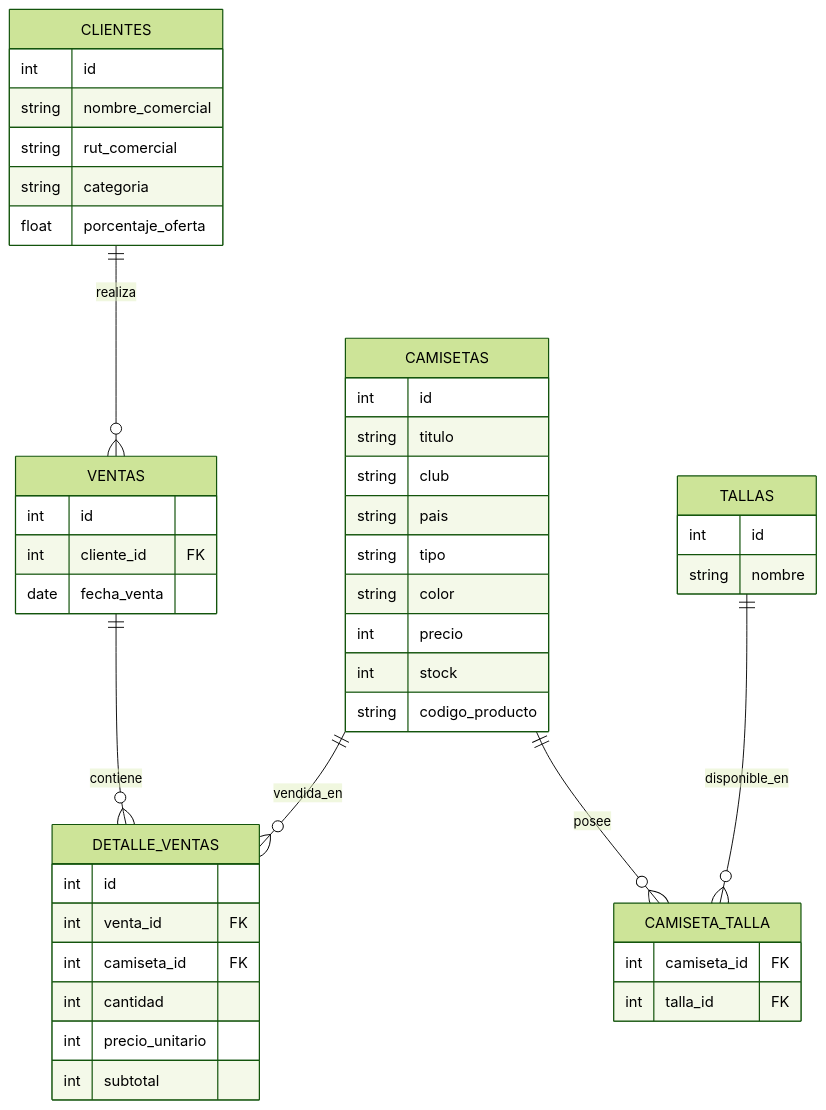
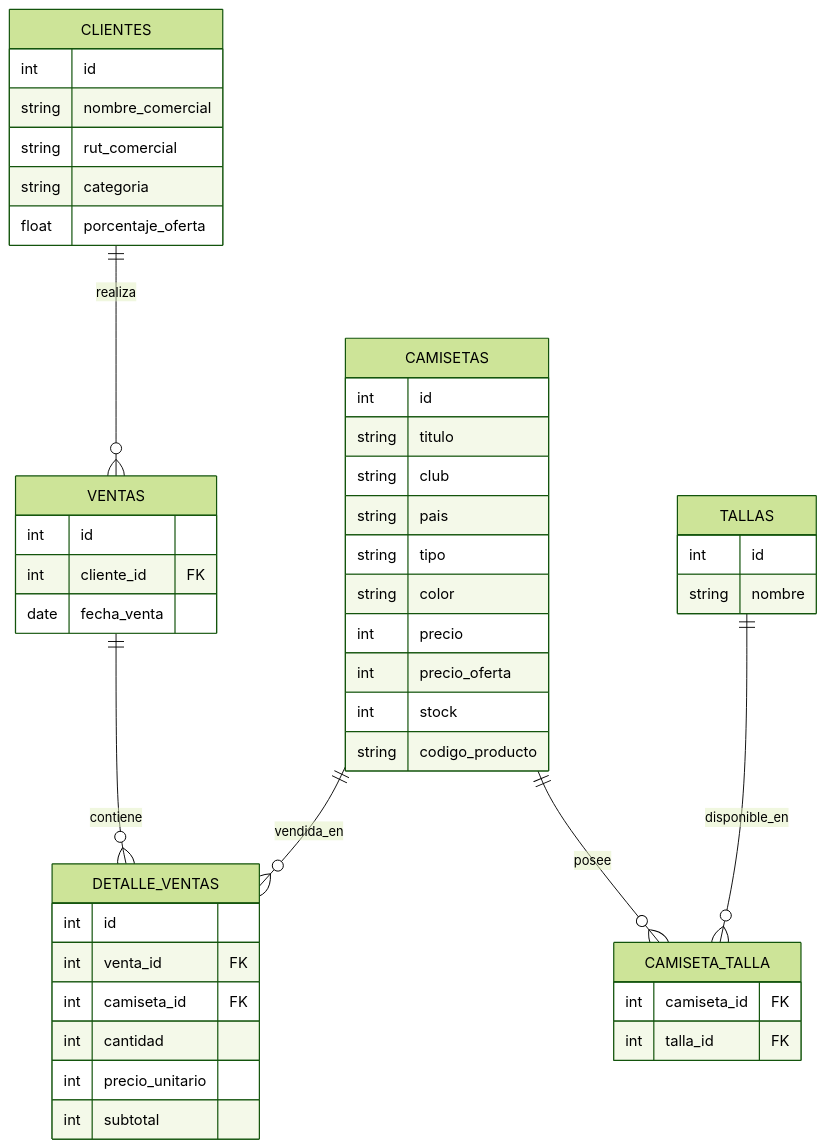
The diagram in README.md (joseFloresMoreno/exam_arancibia_flores_galvez), drawn with Mermaid (forest theme) before and after one commit. The commit also changed other lines of this file and 9 other files, not shown here.

````diff
--- a/README.md
+++ b/README.md
@@ -192,55 +192,56 @@
 ```mermaid
 erDiagram
 
     CLIENTES ||--o{ VENTAS : realiza
     VENTAS ||--o{ DETALLE_VENTAS : contiene
     CAMISETAS ||--o{ DETALLE_VENTAS : vendida_en
 
     CAMISETAS ||--o{ CAMISETA_TALLA : posee
     TALLAS ||--o{ CAMISETA_TALLA : disponible_en
 
     CLIENTES {
         int id
         string nombre_comercial
         string rut_comercial
         string categoria
         float porcentaje_oferta
     }
 
     CAMISETAS {
         int id
         string titulo
         string club
         string pais
         string tipo
         string color
         int precio
+        int precio_oferta
         int stock
         string codigo_producto
     }
 
     TALLAS {
         int id
         string nombre
     }
 
     CAMISETA_TALLA {
         int camiseta_id FK
         int talla_id FK
     }
 
     VENTAS {
         int id
         int cliente_id FK
         date fecha_venta
     }
 
     DETALLE_VENTAS {
         int id
         int venta_id FK
         int camiseta_id FK
         int cantidad
         int precio_unitario
         int subtotal
     }
 ```
````
